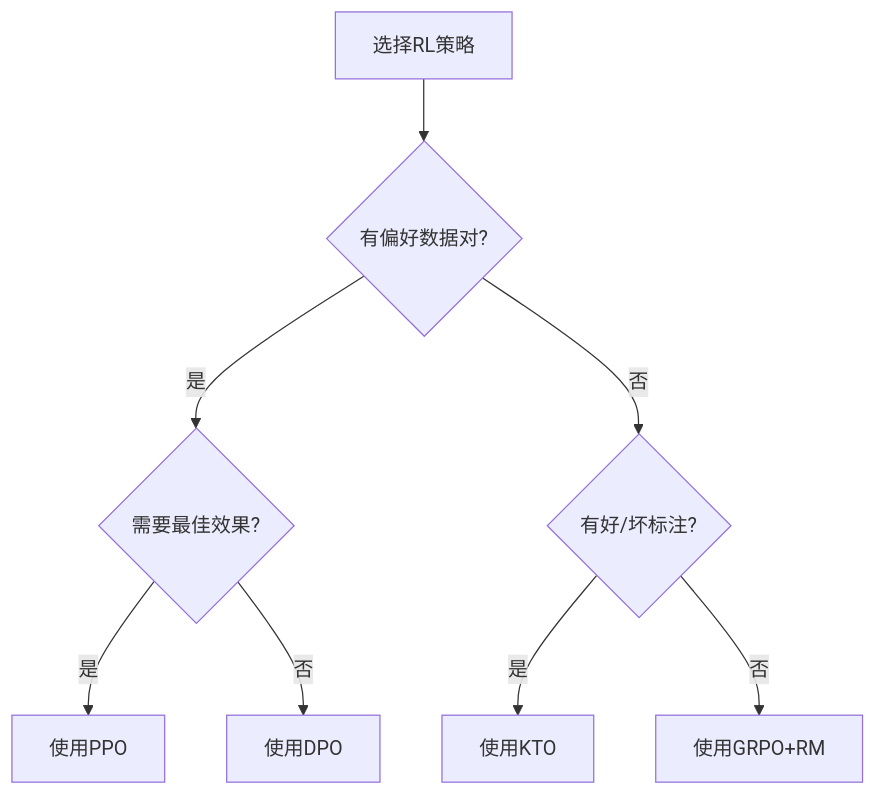
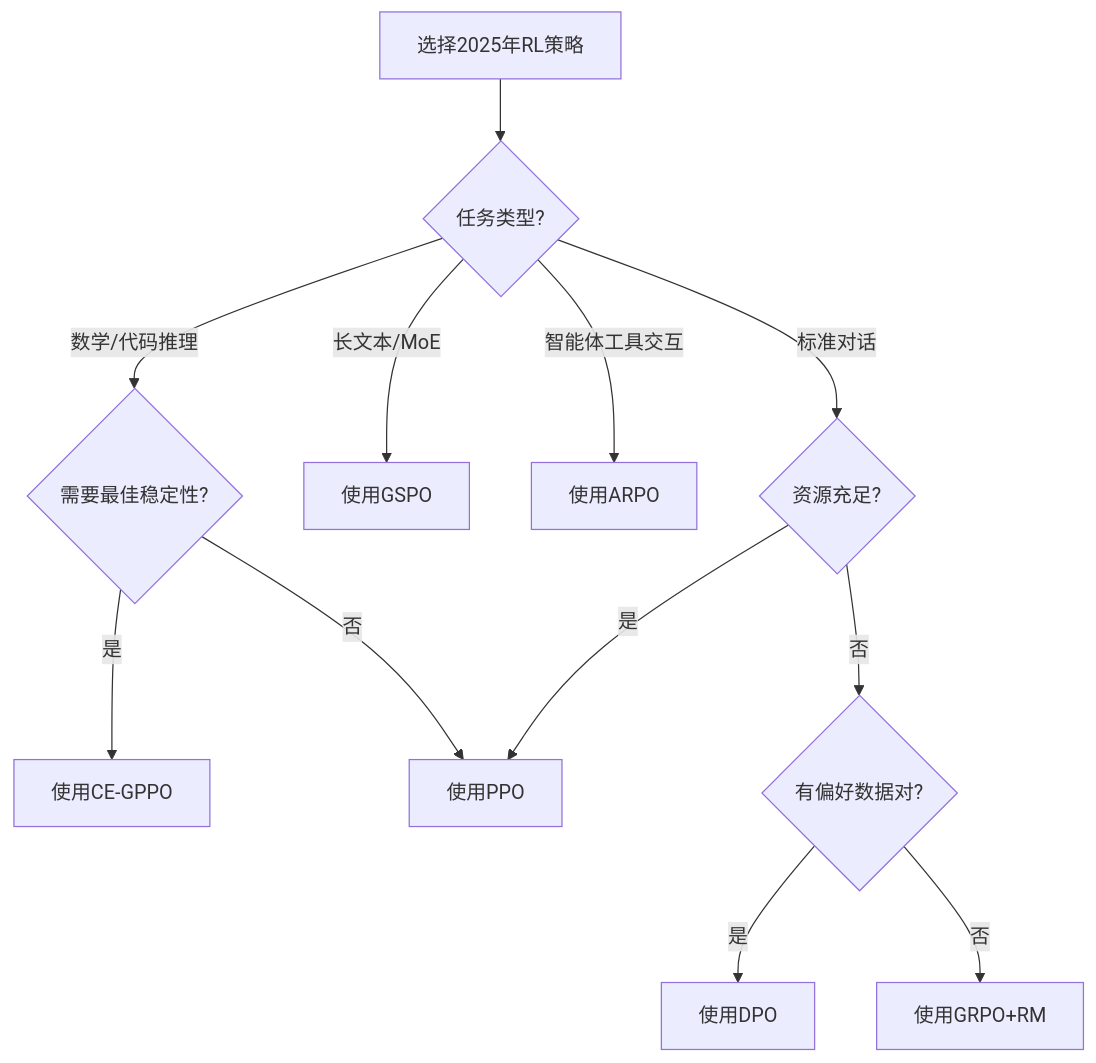
Diagram 14 of 15 in learning/website/docs/basics/11.5-rl-strategies.md (Xunzhuo/mini-sglang), drawn with Mermaid before and after one commit. The commit also changed other lines of this file and 7 other files, not shown here.

````diff
--- a/learning/website/docs/basics/11.5-rl-strategies.md
+++ b/learning/website/docs/basics/11.5-rl-strategies.md
@@ -265,13 +367,18 @@
 ```mermaid
 graph TB
-    Start[选择RL策略] --> Q1{有偏好数据对?}
+    Start[选择2025年RL策略] --> Q1{任务类型?}
     
-    Q1 --> |是| Q2{需要最佳效果?}
-    Q1 --> |否| Q3{有好/坏标注?}
+    Q1 --> |数学/代码推理| Q2{需要最佳稳定性?}
+    Q1 --> |长文本/MoE| GSPO[使用GSPO]
+    Q1 --> |智能体工具交互| ARPO[使用ARPO]
+    Q1 --> |标准对话| Q3{资源充足?}
     
-    Q2 --> |是| PPO[使用PPO]
-    Q2 --> |否| DPO[使用DPO]
+    Q2 --> |是| CE[使用CE-GPPO]
+    Q2 --> |否| PPO[使用PPO]
     
-    Q3 --> |是| KTO[使用KTO]
-    Q3 --> |否| GRPO[使用GRPO+RM]
+    Q3 --> |是| PPO
+    Q3 --> |否| Q4{有偏好数据对?}
+    
+    Q4 --> |是| DPO[使用DPO]
+    Q4 --> |否| GRPO[使用GRPO+RM]
 ```
````
